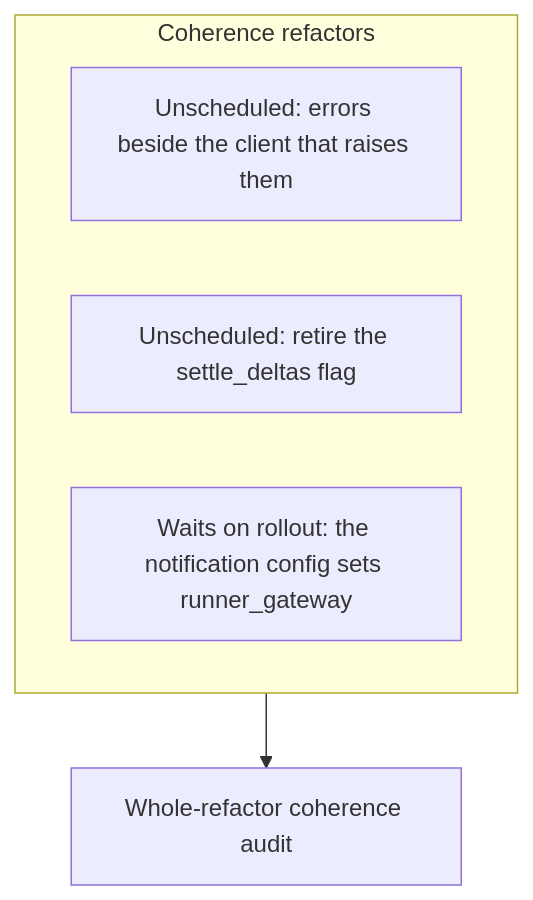
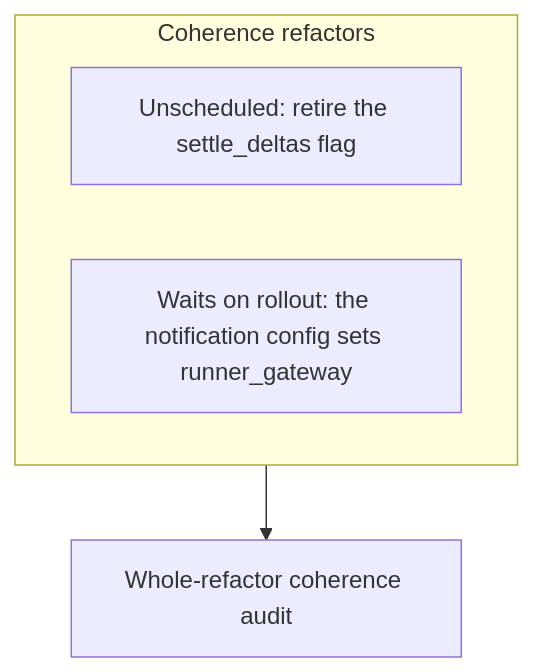
Before and after one commit to agentydragon-agent/ducktape: diagram 14 of 15 in agentplane/plans/task_dag.md, drawn with Mermaid. The commit also changed other lines of this file and 25 other files, not shown here.

````diff
--- a/agentplane/plans/task_dag.md
+++ b/agentplane/plans/task_dag.md
@@ -891,9 +885,8 @@
 ```mermaid
 flowchart TD
     subgraph COHERENCE_REFACTORS[Coherence refactors]
-        RUNNER_ERRORS_REHOME[Unscheduled: errors beside the client that raises them]
         SETTLE_DELTAS_ALWAYS_ON[Unscheduled: retire the settle_deltas flag]
         NOTIFICATION_GATEWAY_SETTINGS[Waits on rollout: the notification config sets runner_gateway]
     end
     COHERENCE_REFACTORS --> REFACTOR_COHERENCE_AUDIT[Whole-refactor coherence audit]
 ```
````
